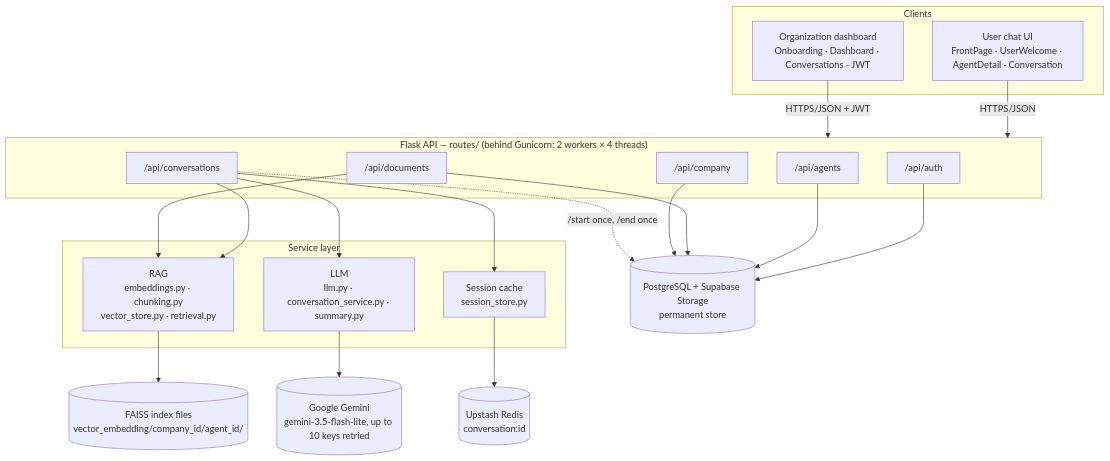
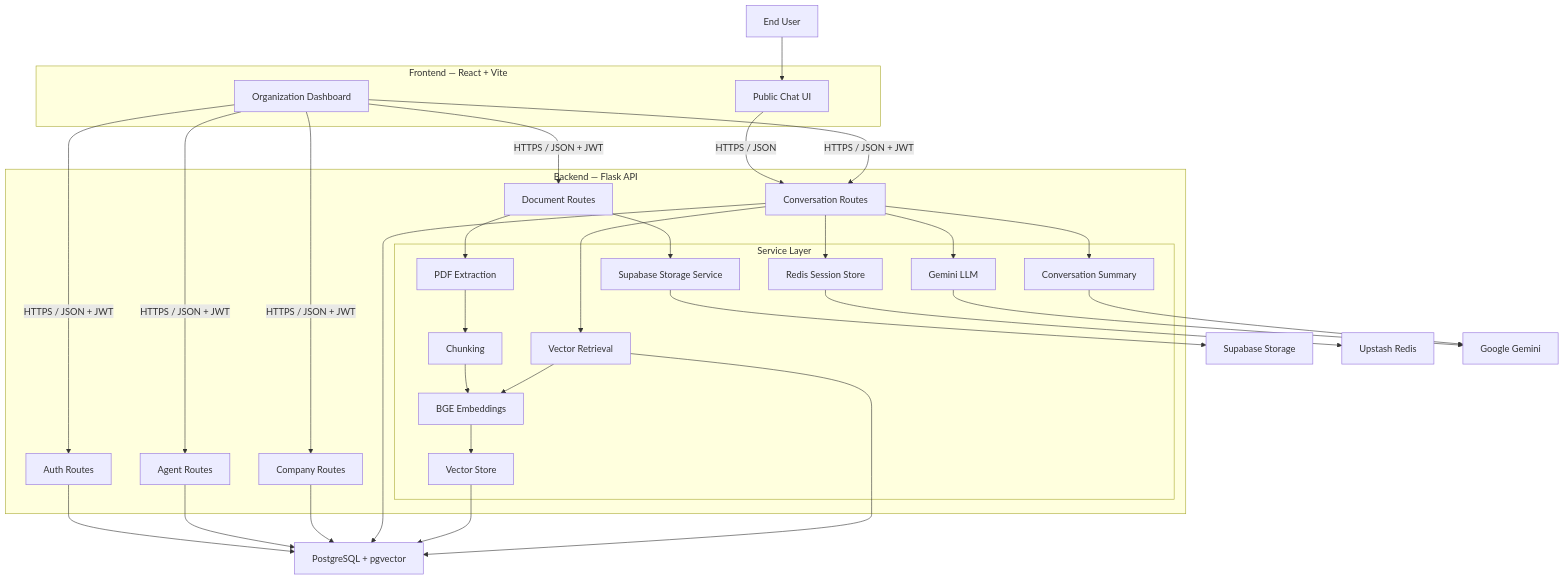
Before and after one commit to probin-dhakal/call-e-chatbot: the first of 6 diagrams in README.md, drawn with Mermaid. The commit also changed other lines of this file and 3 other files, not shown here.

````diff
--- a/README.md
+++ b/README.md
@@ -31,41 +62,72 @@
 ```mermaid
-graph TD
-    subgraph Clients
-        UI[User chat UI<br/>FrontPage · UserWelcome · AgentDetail · Conversation]
-        DASH[Organization dashboard<br/>Onboarding · Dashboard · Conversations - JWT]
+flowchart TD
+
+    USER["End User"]
+
+    subgraph FRONTEND["Frontend — React + Vite"]
+        PUBLIC["Public Chat UI"]
+        DASHBOARD["Organization Dashboard"]
     end
 
-    subgraph API["Flask API — routes/ (behind Gunicorn: 2 workers × 4 threads)"]
-        AUTH["/api/auth"]
-        AGENTS["/api/agents"]
-        DOCS["/api/documents"]
-        CONVOS["/api/conversations"]
-        COMPANY["/api/company"]
+    subgraph BACKEND["Backend — Flask API"]
+        AUTH["Auth Routes"]
+        AGENTS["Agent Routes"]
+        DOCUMENTS["Document Routes"]
+        CONVERSATIONS["Conversation Routes"]
+        COMPANY["Company Routes"]
+
+        subgraph SERVICES["Service Layer"]
+            PDF["PDF Extraction"]
+            CHUNK["Chunking"]
+            EMBED["BGE Embeddings"]
+            VECTOR["Vector Store"]
+            RETRIEVAL["Vector Retrieval"]
+            LLM["Gemini LLM"]
+            SESSION["Redis Session Store"]
+            SUMMARY["Conversation Summary"]
+            STORAGE["Supabase Storage Service"]
+        end
     end
 
-    subgraph Services["Service layer"]
-        RAG["RAG<br/>embeddings.py · chunking.py<br/>vector_store.py · retrieval.py"]
-        LLM["LLM<br/>llm.py · conversation_service.py · summary.py"]
-        CACHE["Session cache<br/>session_store.py"]
-    end
+    PG["PostgreSQL + pgvector"]
+    SUPABASE["Supabase Storage"]
+    REDIS["Upstash Redis"]
+    GEMINI["Google Gemini"]
 
-    FAISS[(FAISS index files<br/>vector_embedding/company_id/agent_id/)]
-    GEMINI[(Google Gemini<br/>gemini-3.5-flash-lite, up to 10 keys retried)]
-    REDIS[(Upstash Redis<br/>conversation:id)]
-    PG[(PostgreSQL + Supabase Storage<br/>permanent store)]
+    USER --> PUBLIC
 
-    UI -->|HTTPS/JSON| API
-    DASH -->|HTTPS/JSON + JWT| API
-    CONVOS --> RAG
-    CONVOS --> LLM
-    CONVOS --> CACHE
-    DOCS --> RAG
-    RAG --> FAISS
-    LLM --> GEMINI
-    CACHE --> REDIS
+    PUBLIC -->|"HTTPS / JSON"| CONVERSATIONS
+
+    DASHBOARD -->|"HTTPS / JSON + JWT"| AUTH
+    DASHBOARD -->|"HTTPS / JSON + JWT"| AGENTS
+    DASHBOARD -->|"HTTPS / JSON + JWT"| DOCUMENTS
+    DASHBOARD -->|"HTTPS / JSON + JWT"| COMPANY
+    DASHBOARD -->|"HTTPS / JSON + JWT"| CONVERSATIONS
+
     AUTH --> PG
     AGENTS --> PG
-    DOCS --> PG
     COMPANY --> PG
-    CONVOS -.->|/start once, /end once| PG
+    CONVERSATIONS --> PG
+    CONVERSATIONS --> SESSION
+
+    DOCUMENTS --> STORAGE
+    DOCUMENTS --> PDF
+
+    PDF --> CHUNK
+    CHUNK --> EMBED
+    EMBED --> VECTOR
+    VECTOR --> PG
+
+    CONVERSATIONS --> RETRIEVAL
+    RETRIEVAL --> EMBED
+    RETRIEVAL --> PG
+
+    CONVERSATIONS --> LLM
+    LLM --> GEMINI
+
+    CONVERSATIONS --> SUMMARY
+    SUMMARY --> GEMINI
+
+    SESSION --> REDIS
+    STORAGE --> SUPABASE
 ```
````
